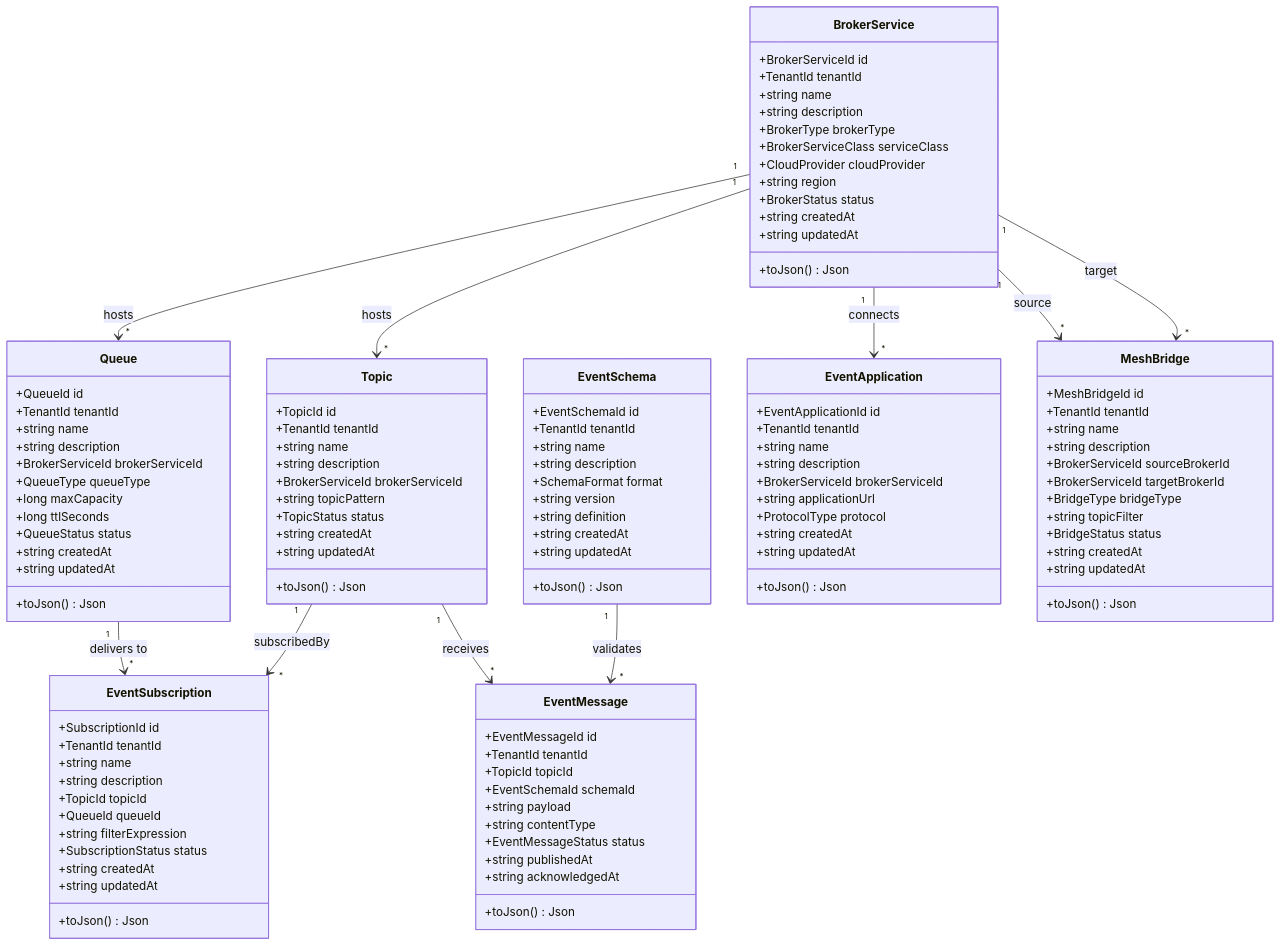
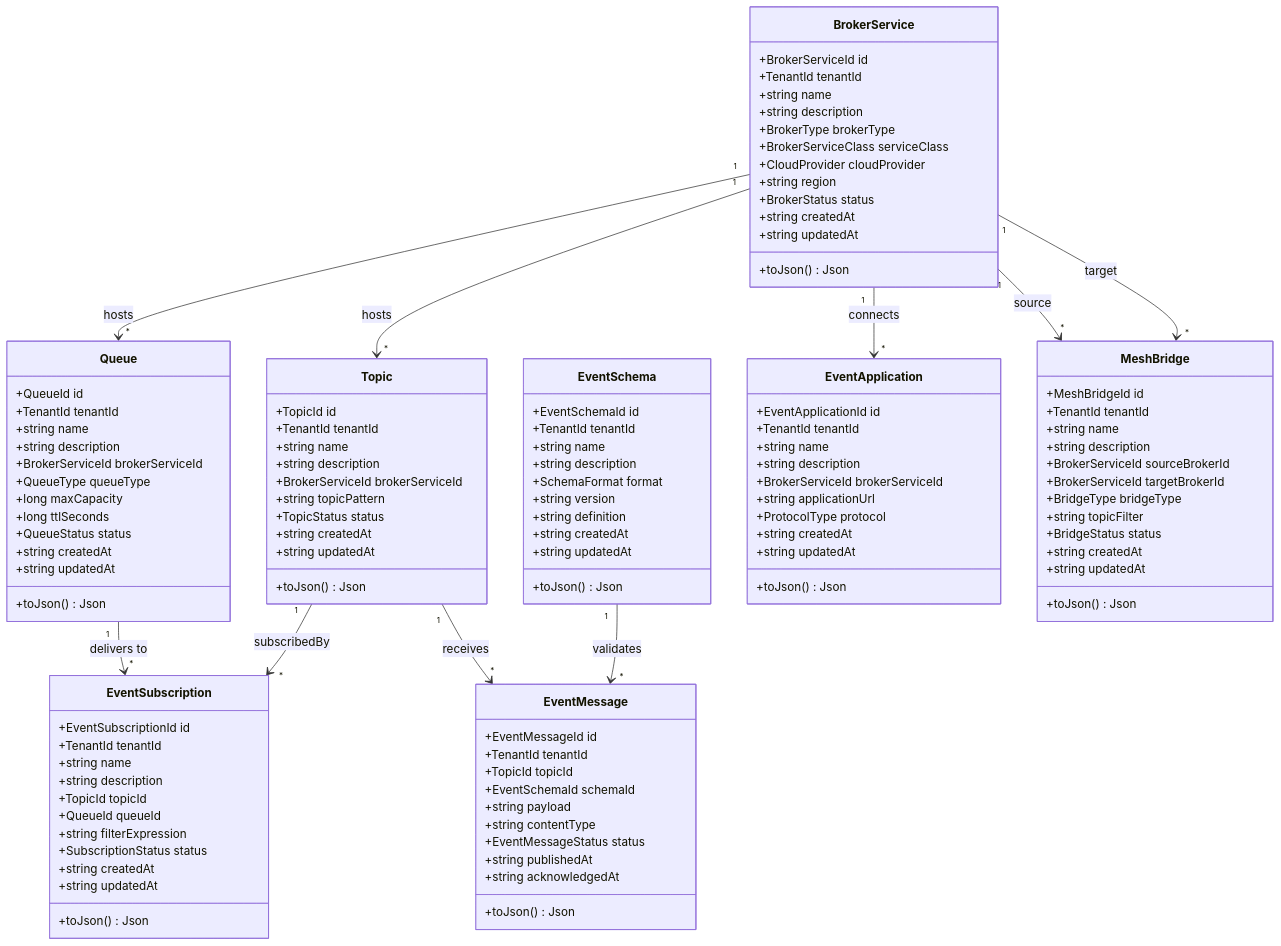
The first of 6 diagrams in event-mesh/UML.md (UIMSolutions/uim-platform), drawn with Mermaid before and after one commit. The commit also changed 251 other files, not shown here.

```diff
--- a/event-mesh/UML.md
+++ b/event-mesh/UML.md
@@ -48,7 +48,7 @@
     }
 
     class EventSubscription {
-        +SubscriptionId id
+        +EventSubscriptionId id
         +TenantId tenantId
         +string name
         +string description
```
